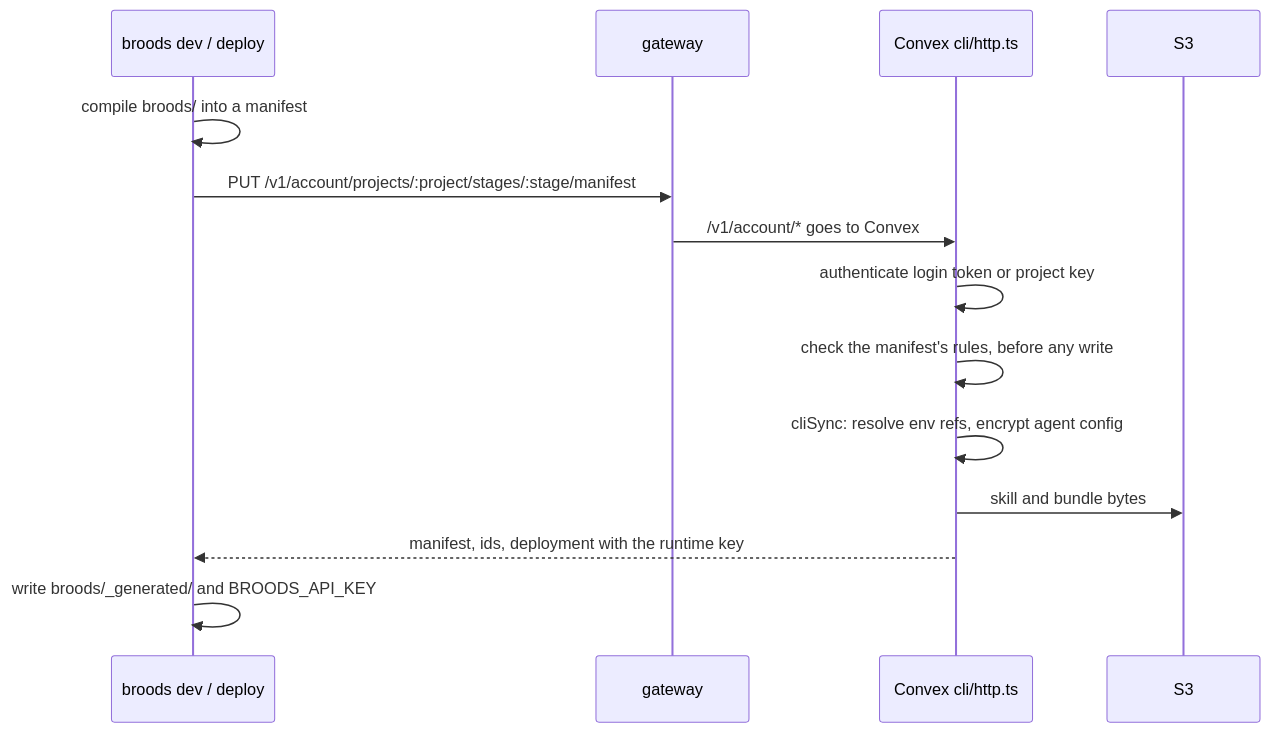
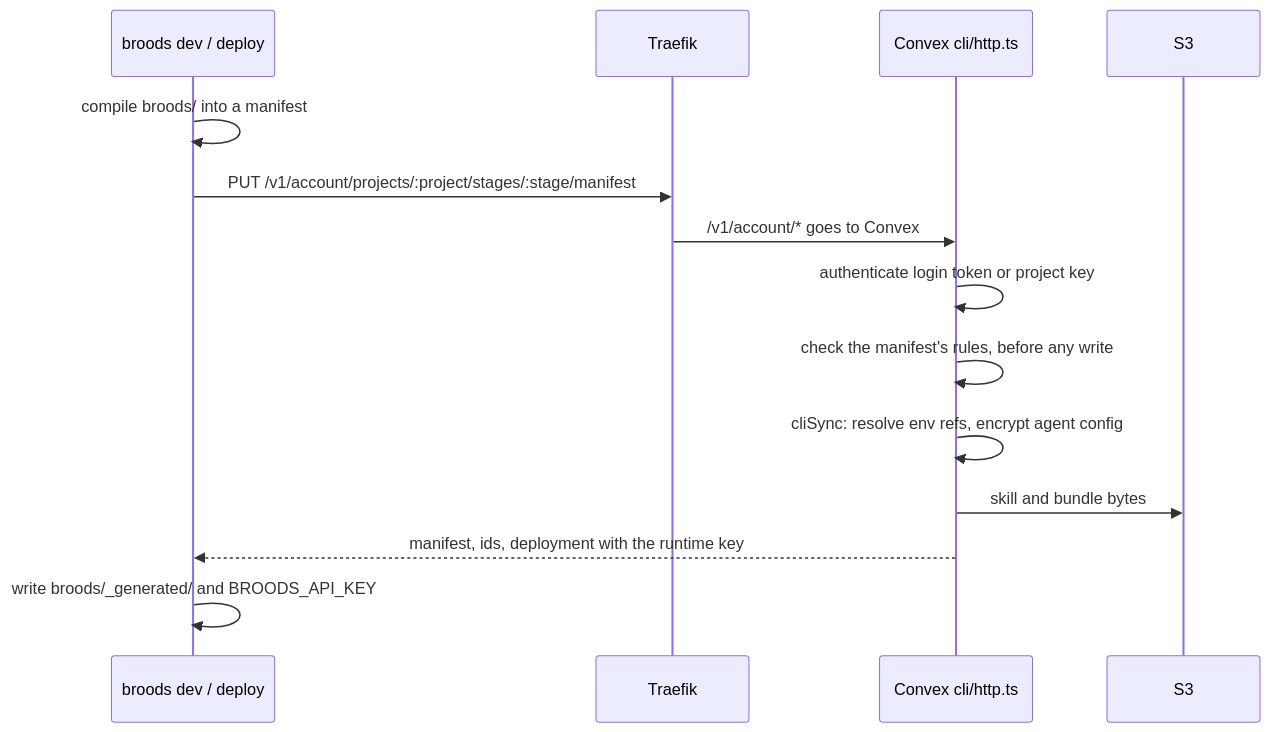
The fifth of 6 diagrams in apps/docs/docs/internals/architecture.md (beeblastco/broods), drawn with Mermaid before and after one commit. The commit also changed other lines of this file and 33 other files, not shown here.

````diff
--- a/apps/docs/docs/internals/architecture.md
+++ b/apps/docs/docs/internals/architecture.md
@@ -217,16 +221,16 @@
 ```mermaid
 sequenceDiagram
   participant CLI as broods dev / deploy
-  participant G as gateway
+  participant G as Traefik
   participant V as Convex cli/http.ts
   participant S as S3
   CLI->>CLI: compile broods/ into a manifest
   CLI->>G: PUT /v1/account/projects/:project/stages/:stage/manifest
   G->>V: /v1/account/* goes to Convex
   V->>V: authenticate login token or project key
   V->>V: check the manifest's rules, before any write
   V->>V: cliSync: resolve env refs, encrypt agent config
   V->>S: skill and bundle bytes
   V-->>CLI: manifest, ids, deployment with the runtime key
   CLI->>CLI: write broods/_generated/ and BROODS_API_KEY
 ```
````
